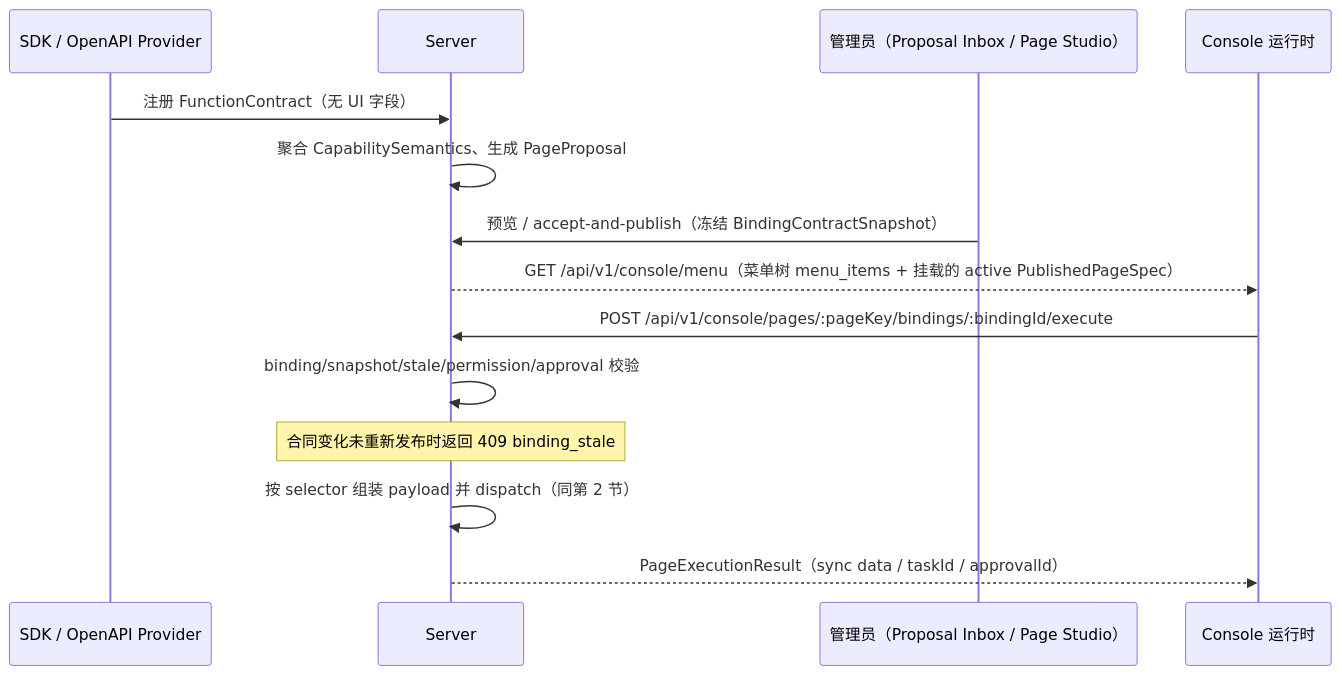
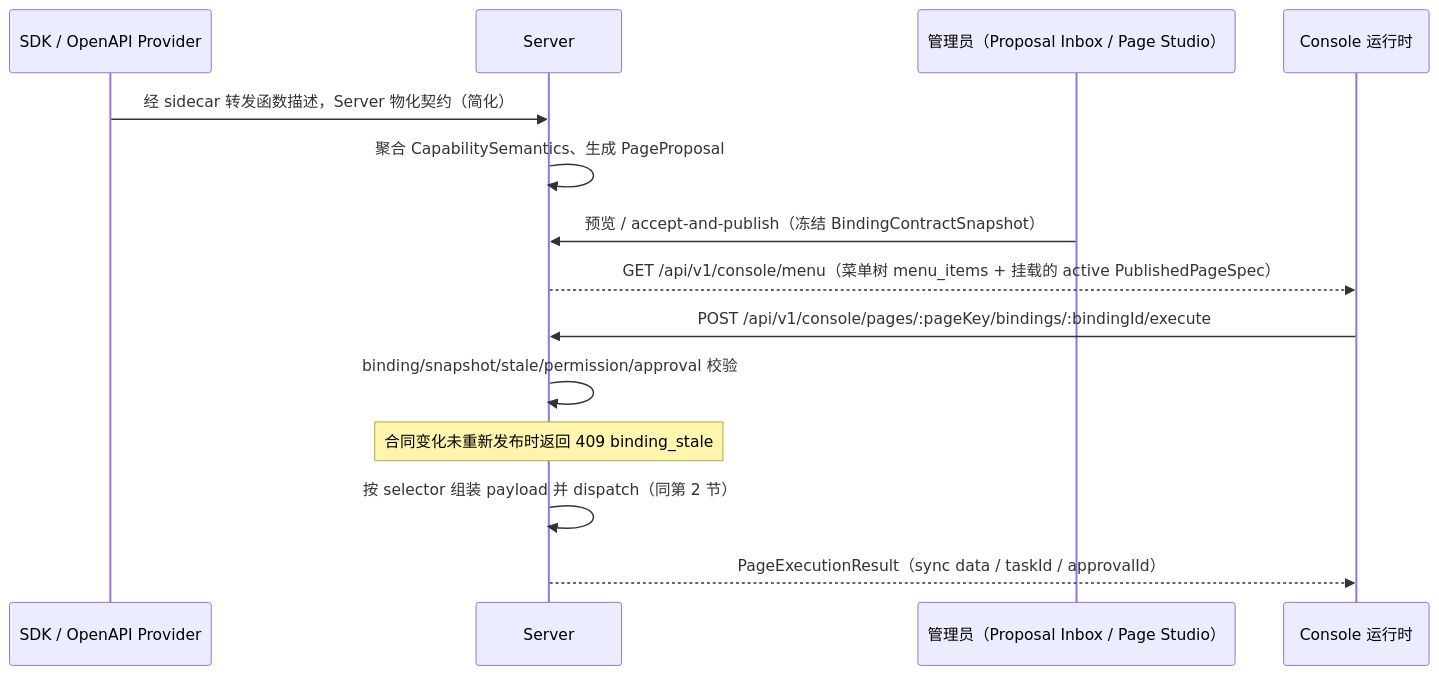
One commit to cuihairu/croupier changed the first of 5 diagrams in docs/architecture/data-flow.md. Above: the diagram before and after it, drawn with Mermaid. The commit also changed other lines of this file and 52 other files, not shown here.

Commit message:
docs: audit game-ops readiness and align analytics roadmap

````diff
--- a/docs/architecture/data-flow.md
+++ b/docs/architecture/data-flow.md
@@ -23,17 +25,17 @@
 ```mermaid
 sequenceDiagram
     participant SDK as SDK / OpenAPI Provider
     participant Server as Server
     participant Admin as 管理员（Proposal Inbox / Page Studio）
     participant UI as Console 运行时
 
-    SDK->>Server: 注册 FunctionContract（无 UI 字段）
+    SDK->>Server: 经 sidecar 转发函数描述，Server 物化契约（简化）
     Server->>Server: 聚合 CapabilitySemantics、生成 PageProposal
     Admin->>Server: 预览 / accept-and-publish（冻结 BindingContractSnapshot）
     Server-->>UI: GET /api/v1/console/menu（菜单树 menu_items + 挂载的 active PublishedPageSpec）
     UI->>Server: POST /api/v1/console/pages/:pageKey/bindings/:bindingId/execute
     Server->>Server: binding/snapshot/stale/permission/approval 校验
     Note over Server: 合同变化未重新发布时返回 409 binding_stale
     Server->>Server: 按 selector 组装 payload 并 dispatch（同第 2 节）
     Server-->>UI: PageExecutionResult（sync data / taskId / approvalId）
 ```
````
